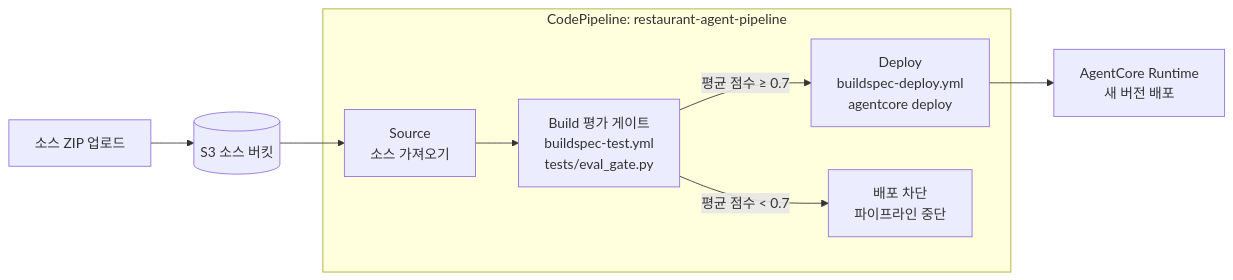
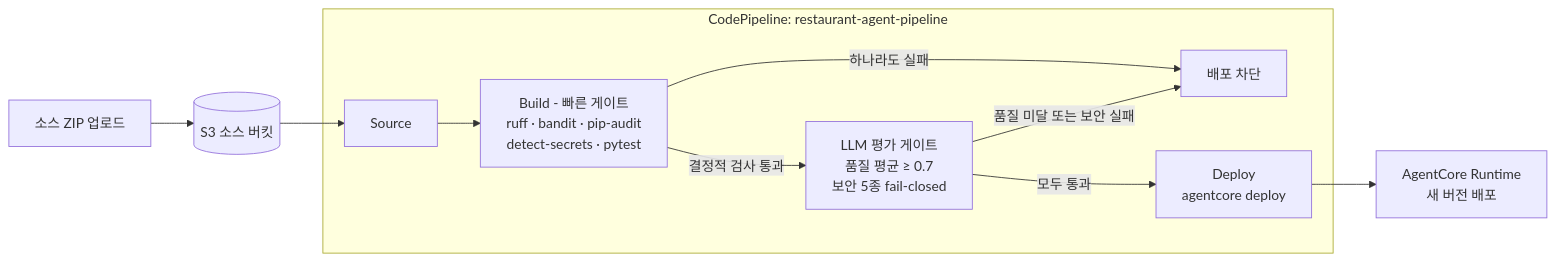
The second of 2 diagrams in README.md (clialim/restaurant-agent-agentcore), drawn with Mermaid before and after one commit. The commit also changed other lines of this file and 14 other files, not shown here.

````diff
--- a/README.md
+++ b/README.md
@@ -75,13 +99,15 @@
 ```mermaid
 flowchart LR
     Dev[소스 ZIP 업로드] --> S3[(S3 소스 버킷)]
-    S3 --> Source[Source<br/>소스 가져오기]
+    S3 --> Source[Source]
 
     subgraph Pipeline[CodePipeline: restaurant-agent-pipeline]
-        Source --> Build[Build 평가 게이트<br/>buildspec-test.yml<br/>tests/eval_gate.py]
-        Build -->|평균 점수 &ge; 0.7| Deploy[Deploy<br/>buildspec-deploy.yml<br/>agentcore deploy]
-        Build -->|평균 점수 &lt; 0.7| Blocked[배포 차단<br/>파이프라인 중단]
+        Source --> Fast[Build - 빠른 게이트<br/>ruff · bandit · pip-audit<br/>detect-secrets · pytest]
+        Fast -->|결정적 검사 통과| Eval[LLM 평가 게이트<br/>품질 평균 &ge; 0.7<br/>보안 5종 fail-closed]
+        Fast -->|하나라도 실패| Blocked[배포 차단]
+        Eval -->|모두 통과| Deploy[Deploy<br/>agentcore deploy]
+        Eval -->|품질 미달 또는 보안 실패| Blocked
     end
 
     Deploy --> Runtime[AgentCore Runtime<br/>새 버전 배포]
 ```
````
